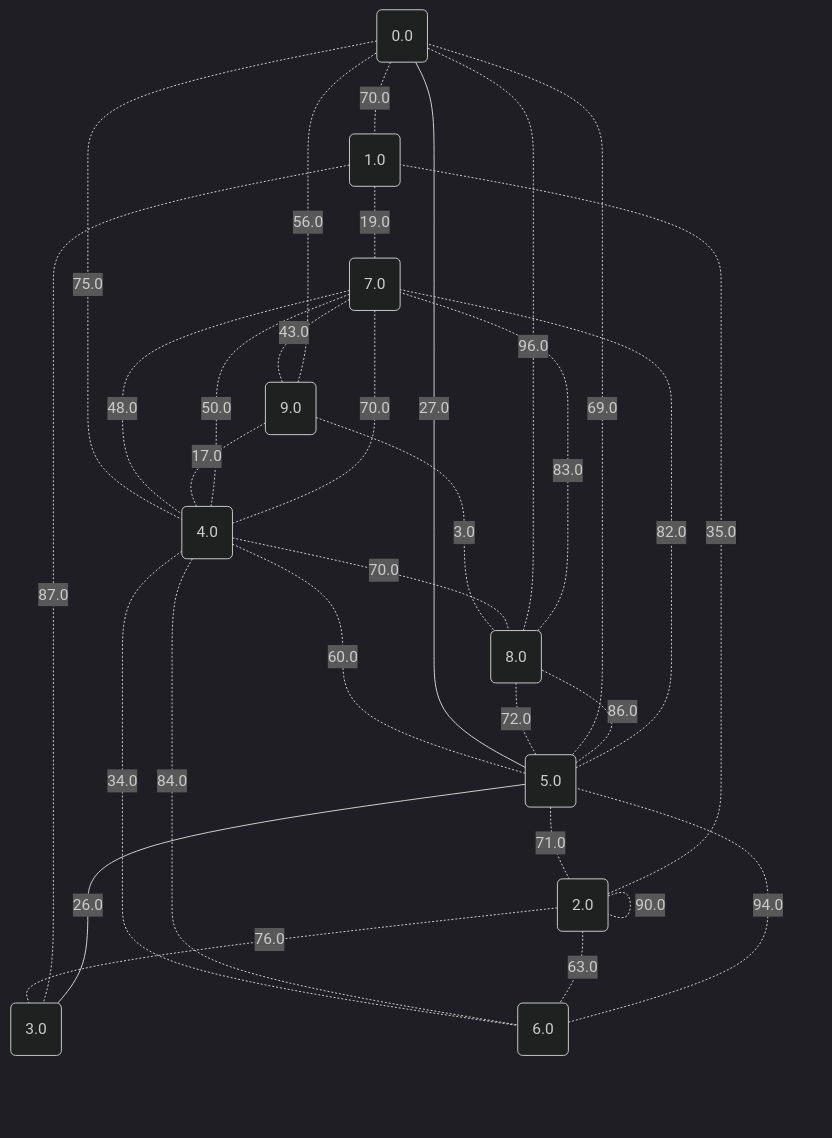
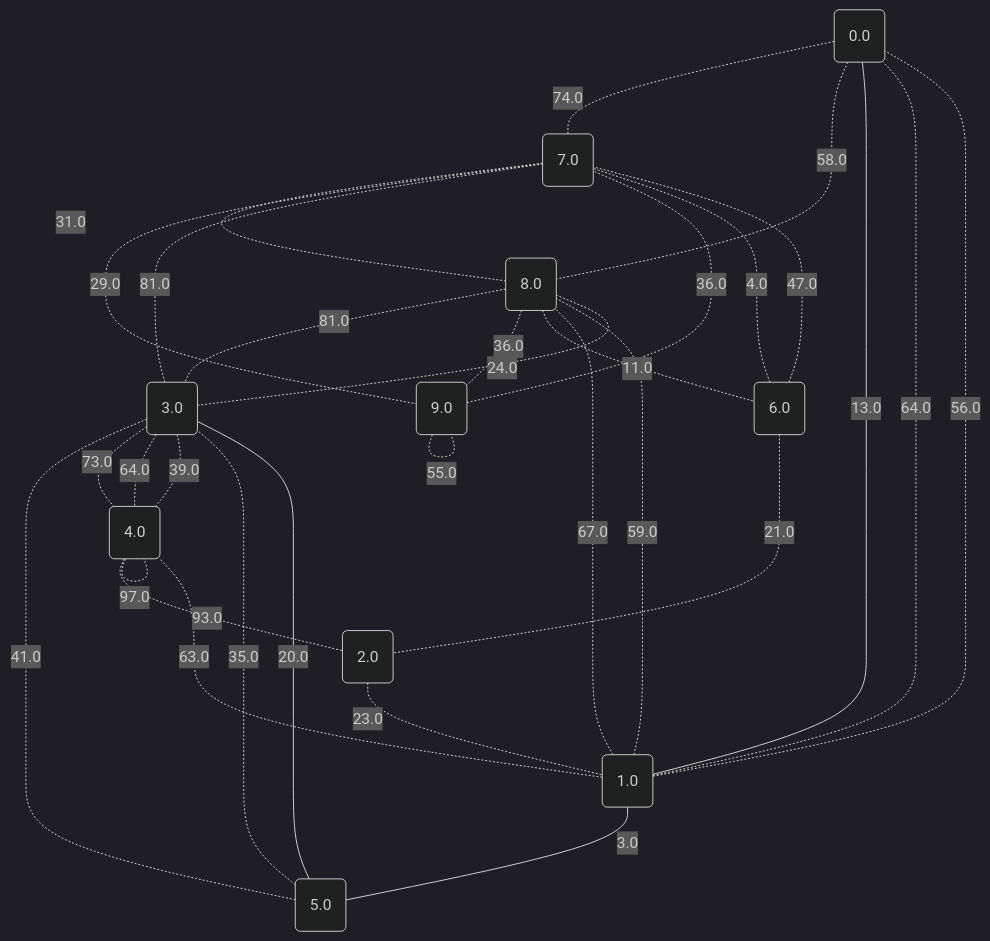
Before and after one commit to metury/graphs: the fifth of 11 diagrams in project/src/testing/showcase/dijkstra.md, drawn with Mermaid (dark theme). The commit also changed other lines of this file and 33 other files, not shown here.

````diff
--- a/project/src/testing/showcase/dijkstra.md
+++ b/project/src/testing/showcase/dijkstra.md
@@ -191,43 +191,43 @@
 ```mermaid
 graph TD;
 	0("0.0");
 	1("1.0");
 	2("2.0");
 	3("3.0");
 	4("4.0");
 	5("5.0");
 	6("6.0");
 	7("7.0");
 	8("8.0");
 	9("9.0");
-	6 -. "94.0" -.- 5;
-	4 -. "34.0" -.- 6;
-	2 -. "76.0" -.- 3;
-	4 -. "84.0" -.- 6;
-	4 -. "50.0" -.- 7;
-	7 -. "43.0" -.- 9;
-	4 -. "60.0" -.- 5;
-	0 -. "70.0" -.- 1;
-	0 -. "75.0" -.- 4;
-	5 -. "71.0" -.- 2;
-	2 -. "25.0" -.- 2;
-	1 -. "87.0" -.- 3;
-	2 -. "35.0" -.- 1;
-	9 -. "3.0" -.- 8;
-	8 -. "96.0" -.- 0;
-	4 -. "70.0" -.- 7;
-	2 -. "63.0" -.- 6;
-	8 -. "83.0" -.- 7;
-	5 -- "26.0" --- 3;
-	7 -. "48.0" -.- 4;
-	1 -. "19.0" -.- 7;
-	0 -- "27.0" --- 5;
-	8 -. "72.0" -.- 5;
-	9 -. "56.0" -.- 0;
-	5 -. "69.0" -.- 0;
-	9 -. "17.0" -.- 4;
-	4 -. "70.0" -.- 8;
-	2 -. "90.0" -.- 2;
-	5 -. "86.0" -.- 8;
-	5 -. "82.0" -.- 7;
+	9 -. "55.0" -.- 9;
+	8 -. "81.0" -.- 3;
+	3 -. "81.0" -.- 7;
+	1 -- "3.0" --- 5;
+	1 -- "13.0" --- 0;
+	3 -. "41.0" -.- 5;
+	0 -. "74.0" -.- 7;
+	5 -. "35.0" -.- 3;
+	3 -. "73.0" -.- 4;
+	3 -. "64.0" -.- 4;
+	7 -. "31.0" -.- 8;
+	7 -. "29.0" -.- 9;
+	6 -. "4.0" -.- 7;
+	8 -. "36.0" -.- 9;
+	3 -. "39.0" -.- 4;
+	6 -. "21.0" -.- 2;
+	9 -. "36.0" -.- 7;
+	2 -. "23.0" -.- 1;
+	3 -. "24.0" -.- 8;
+	4 -. "97.0" -.- 4;
+	1 -. "63.0" -.- 4;
+	1 -. "64.0" -.- 0;
+	4 -. "93.0" -.- 2;
+	1 -. "56.0" -.- 0;
+	0 -. "58.0" -.- 8;
+	8 -. "11.0" -.- 6;
+	1 -. "59.0" -.- 8;
+	5 -- "20.0" --- 3;
+	6 -. "47.0" -.- 7;
+	8 -. "67.0" -.- 1;
 ```
````
